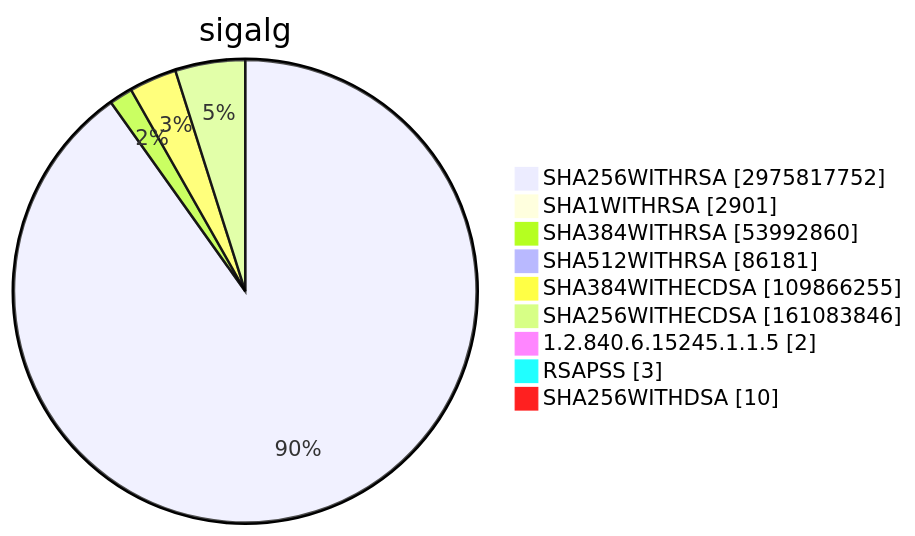
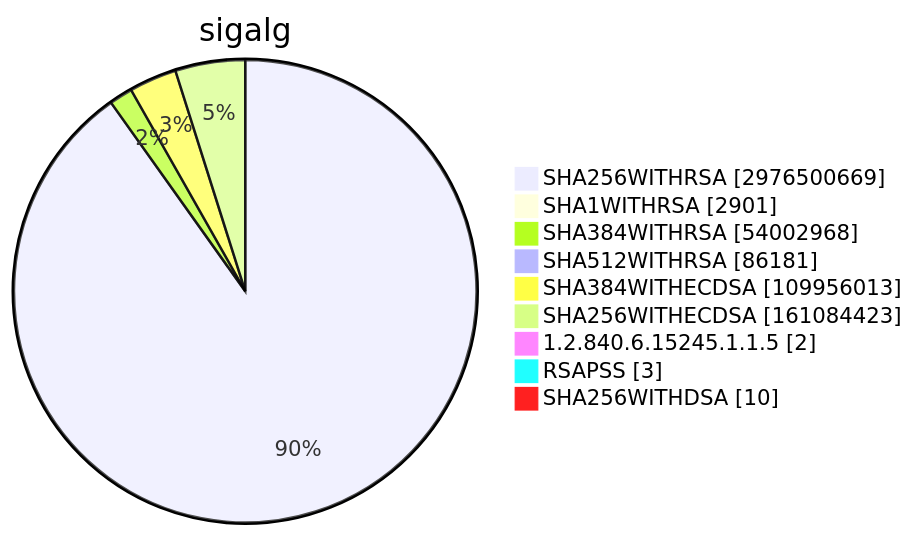
One commit to christiankrug/ctmonitor_visualization changed diagram 15 of 15 in TOTAL/README.md. Above: the diagram before and after it, drawn with Mermaid. The commit also changed other lines of this file, not shown here.

````diff
--- a/TOTAL/README.md
+++ b/TOTAL/README.md
@@ -6208,13 +6208,13 @@
 ```mermaid
 pie showData
 title sigalg
-"SHA256WITHRSA" :2975817752
+"SHA256WITHRSA" :2976500669
 "SHA1WITHRSA" :2901
-"SHA384WITHRSA" :53992860
+"SHA384WITHRSA" :54002968
 "SHA512WITHRSA" :86181
-"SHA384WITHECDSA" :109866255
-"SHA256WITHECDSA" :161083846
+"SHA384WITHECDSA" :109956013
+"SHA256WITHECDSA" :161084423
 "1.2.840.6.15245.1.1.5" :2
 "RSAPSS" :3
 "SHA256WITHDSA" :10
 ```
````
